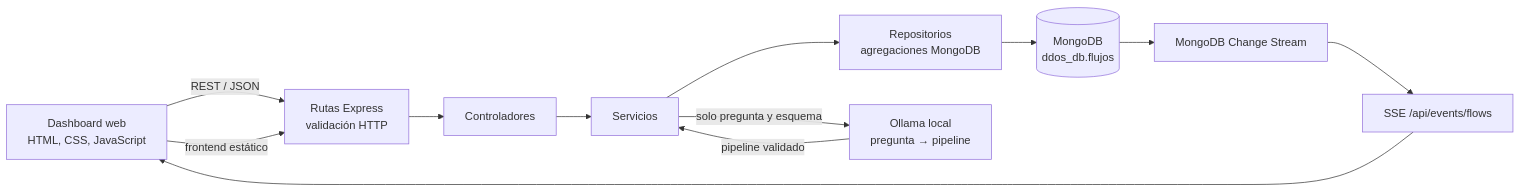
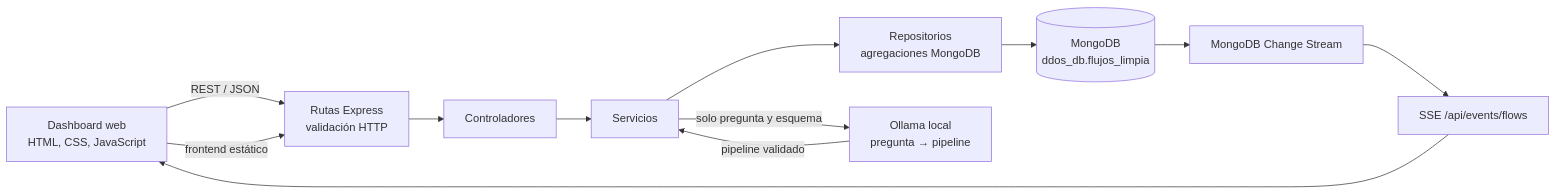
The first of 2 diagrams in api_ddos_dashboard/docs/parcial3.md (ZZsantim/parcial_bd2), drawn with Mermaid before and after one commit. The commit also changed other lines of this file and 8 other files, not shown here.

First line of the commit message:
Usar la colección limpia flujos_limpia en el dashboard

````diff
--- a/api_ddos_dashboard/docs/parcial3.md
+++ b/api_ddos_dashboard/docs/parcial3.md
@@ -142,19 +142,19 @@
 ```mermaid
 flowchart LR
   Browser["Dashboard web<br/>HTML, CSS, JavaScript"]
   Routes["Rutas Express<br/>validación HTTP"]
   Controllers["Controladores"]
   Services["Servicios"]
   Repositories["Repositorios<br/>agregaciones MongoDB"]
-  Mongo[("MongoDB<br/>ddos_db.flujos")]
+  Mongo[("MongoDB<br/>ddos_db.flujos_limpia")]
   LLM["Ollama local<br/>pregunta → pipeline"]
   ChangeStream["MongoDB Change Stream"]
   SSE["SSE /api/events/flows"]
 
   Browser -->|"REST / JSON"| Routes
   Routes --> Controllers --> Services --> Repositories --> Mongo
   Services -->|"solo pregunta y esquema"| LLM
   LLM -->|"pipeline validado"| Services
   Mongo --> ChangeStream --> SSE --> Browser
   Browser -->|"frontend estático"| Routes
 ```
````
